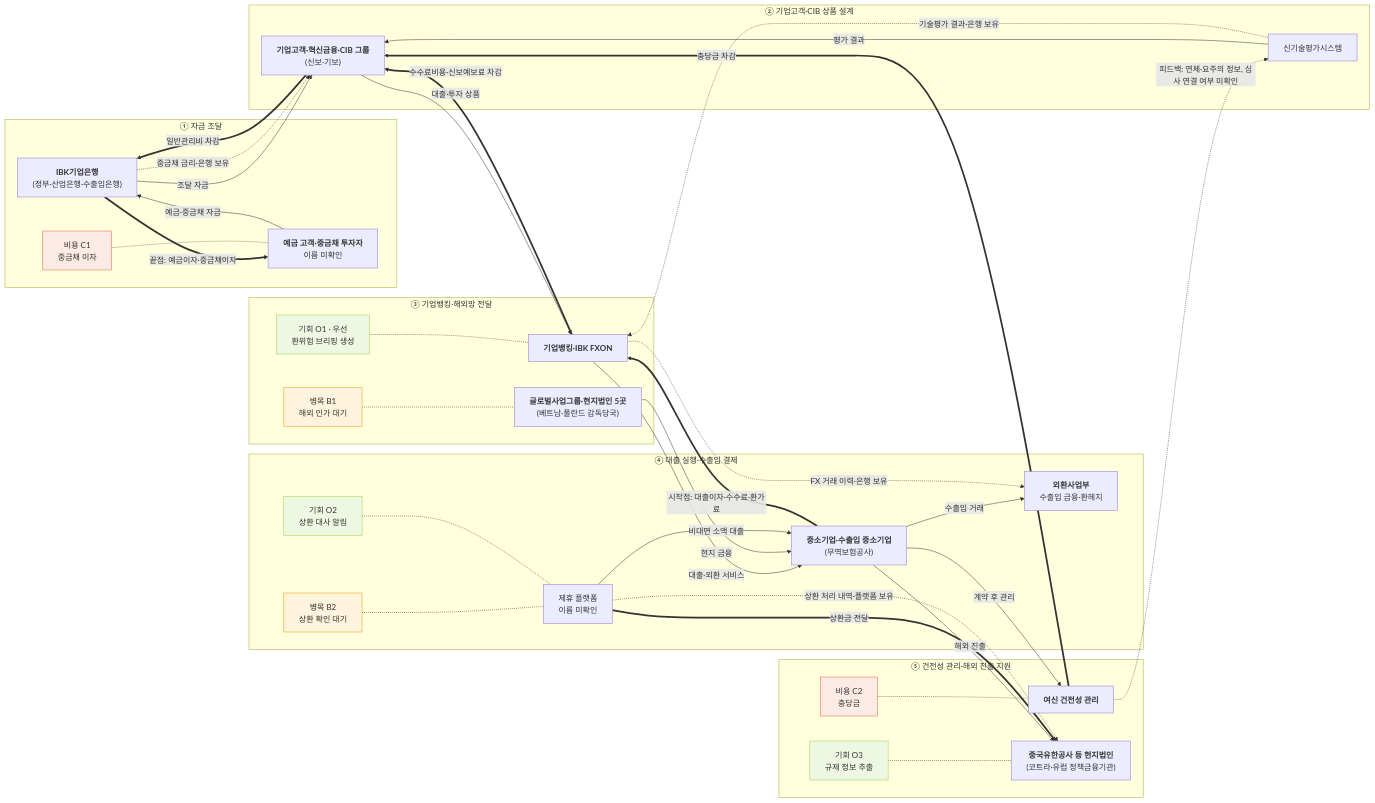
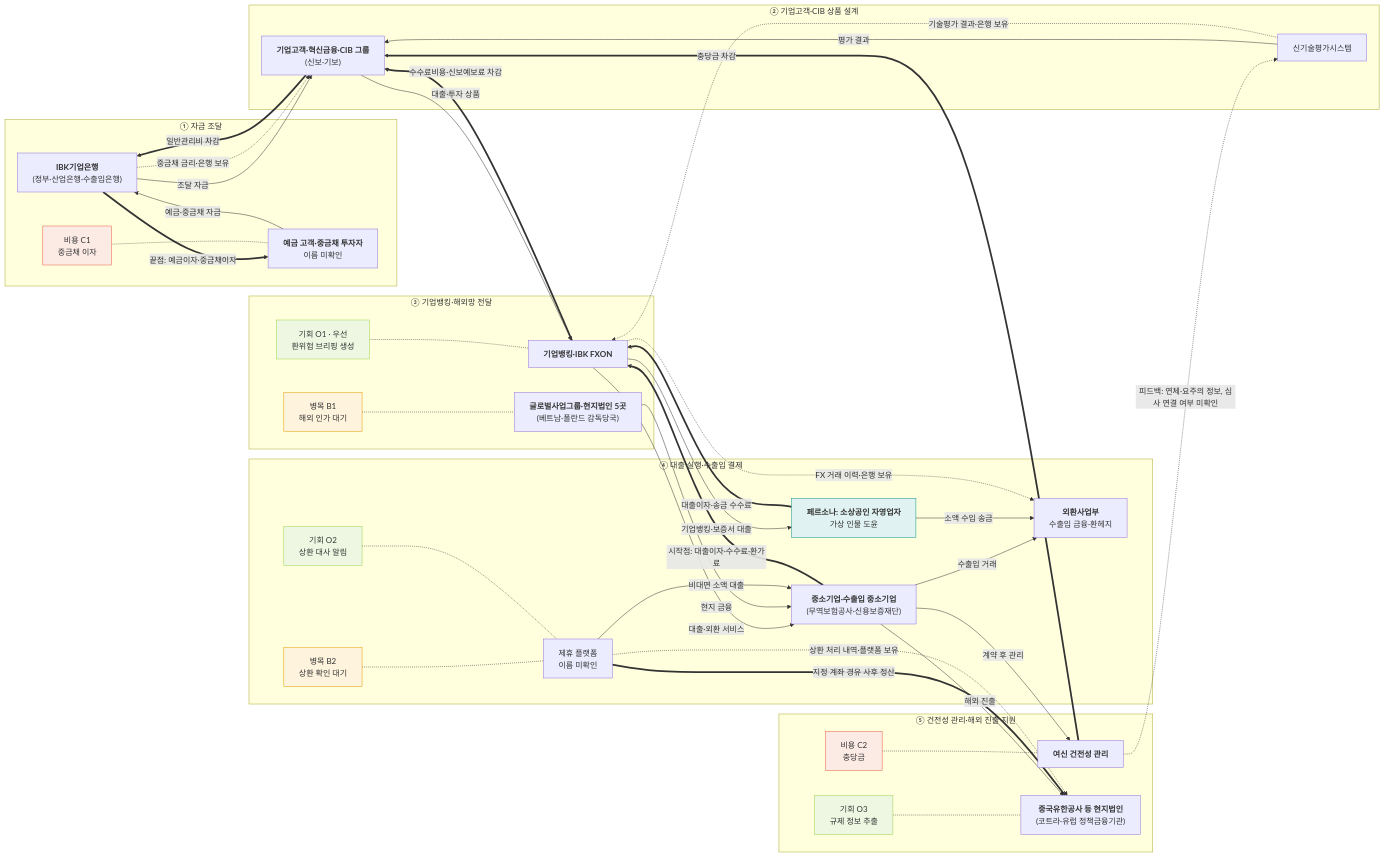
Before and after one commit to yoonkaeon-netizen/monchichi: the diagram in valuechain/valuechain_v1.md, drawn with Mermaid. The commit also changed other lines of this file and 7 other files, not shown here.

````diff
--- a/valuechain/valuechain_v1.md
+++ b/valuechain/valuechain_v1.md
@@ -10,70 +10,76 @@
 ```mermaid
 flowchart LR
   subgraph S1["① 자금 조달"]
     A1["<b>IBK기업은행</b><br/>(정부·산업은행·수출입은행)"]
     A2["<b>예금 고객·중금채 투자자</b><br/>이름 미확인"]
     C1M["비용 C1<br/>중금채 이자"]
   end
   subgraph S2["② 기업고객·CIB 상품 설계"]
     B1["<b>기업고객·혁신금융·CIB 그룹</b><br/>(신보·기보)"]
     B2["신기술평가시스템"]
   end
   subgraph S3["③ 기업뱅킹·해외망 전달"]
     D1["<b>기업뱅킹·IBK FXON</b>"]
     D2["<b>글로벌사업그룹·현지법인 5곳</b><br/>(베트남·폴란드 감독당국)"]
     B1M["병목 B1<br/>해외 인가 대기"]
     O1M["기회 O1 · 우선<br/>환위험 브리핑 생성"]
   end
   subgraph S4["④ 대출 실행·수출입 결제"]
-    E1["<b>중소기업·수출입 중소기업</b><br/>(무역보험공사)"]
+    E1["<b>중소기업·수출입 중소기업</b><br/>(무역보험공사·신용보증재단)"]
+    P1["<b>페르소나: 소상공인 자영업자</b><br/>가상 인물 도윤"]
     E2["<b>외환사업부</b><br/>수출입 금융·환헤지"]
     E3["제휴 플랫폼<br/>이름 미확인"]
     B2M["병목 B2<br/>상환 확인 대기"]
     O2M["기회 O2<br/>상환 대사 알림"]
   end
   subgraph S5["⑤ 건전성 관리·해외 진출 지원"]
     F1["<b>여신 건전성 관리</b>"]
     F2["<b>중국유한공사 등 현지법인</b><br/>(코트라·유럽 정책금융기관)"]
     C2M["비용 C2<br/>충당금"]
     O3M["기회 O3<br/>규제 정보 추출"]
   end
 
   A2 -->|예금·중금채 자금| A1
   A1 -->|조달 자금| B1
   B2 -->|평가 결과| B1
   B1 -->|대출·투자 상품| D1
   D1 -->|대출·외환 서비스| E1
+  D1 -->|기업뱅킹·보증서 대출| P1
   E1 -->|수출입 거래| E2
+  P1 -->|소액 수입 송금| E2
   D2 -->|현지 금융| E1
   E3 -->|비대면 소액 대출| E1
   E1 -->|계약 후 관리| F1
   E1 -->|해외 진출| F2
 
   E1 ==>|시작점: 대출이자·수수료·환가료| D1
-  E3 ==>|상환금 전달| F2
+  P1 ==>|대출이자·송금 수수료| D1
+  E3 ==>|지정 계좌 경유 사후 정산| F2
   D1 ==>|수수료비용·신보예보료 차감| B1
   F1 ==>|충당금 차감| B1
   B1 ==>|일반관리비 차감| A1
   A1 ==>|끝점: 예금이자·중금채이자| A2
 
   A1 -.->|중금채 금리·은행 보유| B1
   B2 -.->|기술평가 결과·은행 보유| D1
   D1 -.->|FX 거래 이력·은행 보유| E2
   E3 -.->|상환 처리 내역·플랫폼 보유| F2
   F1 -.->|피드백: 연체·요주의 정보, 심사 연결 여부 미확인| B2
 
   B1M -.- D2
   O1M -.- D1
   B2M -.- E3
   O2M -.- E3
   C1M -.- A2
   C2M -.- F1
   O3M -.- F2
 
   classDef bottleneck fill:#FEF3DC,stroke:#E89B00
   classDef opp fill:#EEF7E2,stroke:#9BD24B
   classDef cost fill:#FCEBE5,stroke:#E8603C
+  classDef persona fill:#E0F2F1,stroke:#0D8F8A
+  class P1 persona
   class B1M,B2M bottleneck
   class C1M,C2M cost
   class O1M,O2M,O3M opp
 ```
````
